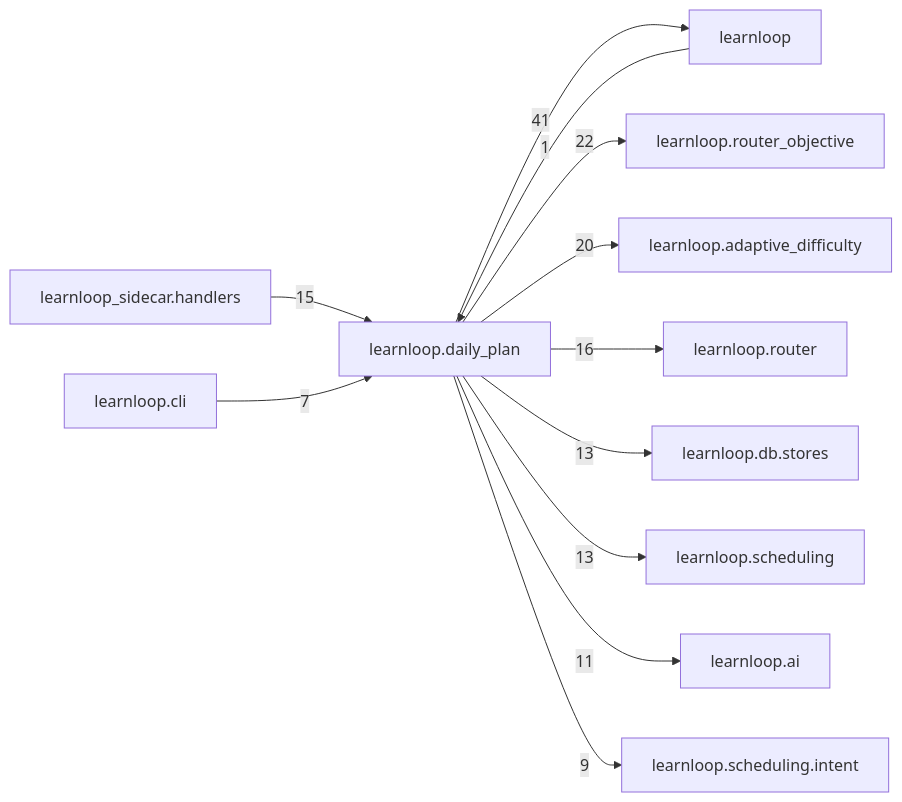
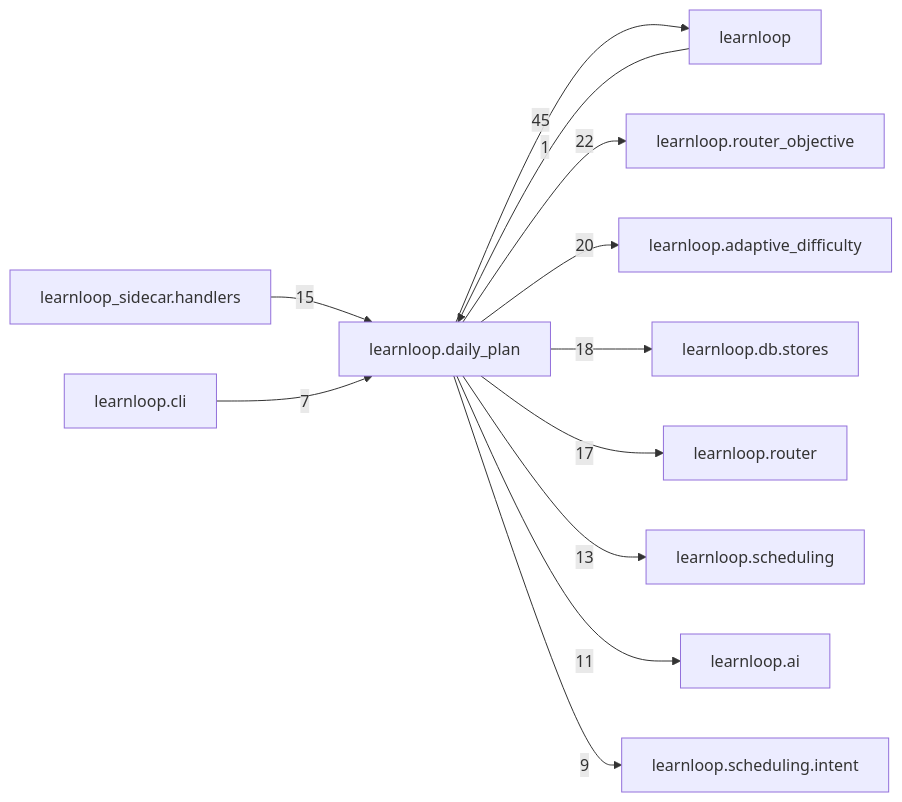
Before and after one commit to 6up-b/learnanything: the diagram in docs/learnloop-architecture-vault/Reference/Modules/learnloop/daily_plan/_package.md, drawn with Mermaid. The commit also changed other lines of this file and 580 other files, not shown here.

````diff
--- a/docs/learnloop-architecture-vault/Reference/Modules/learnloop/daily_plan/_package.md
+++ b/docs/learnloop-architecture-vault/Reference/Modules/learnloop/daily_plan/_package.md
@@ -158,25 +160,25 @@
 ```mermaid
 flowchart LR
     center["learnloop.daily_plan"]
     n_learnloop["learnloop"]
     n_learnloop_router_objective["learnloop.router_objective"]
     n_learnloop_adaptive_difficulty["learnloop.adaptive_difficulty"]
+    n_learnloop_db_stores["learnloop.db.stores"]
     n_learnloop_router["learnloop.router"]
     n_learnloop_sidecar_handlers["learnloop_sidecar.handlers"]
-    n_learnloop_db_stores["learnloop.db.stores"]
     n_learnloop_scheduling["learnloop.scheduling"]
     n_learnloop_ai["learnloop.ai"]
     n_learnloop_scheduling_intent["learnloop.scheduling.intent"]
     n_learnloop_cli["learnloop.cli"]
     n_learnloop -->|1| center
-    center -->|41| n_learnloop
+    center -->|45| n_learnloop
     center -->|22| n_learnloop_router_objective
     center -->|20| n_learnloop_adaptive_difficulty
-    center -->|16| n_learnloop_router
+    center -->|18| n_learnloop_db_stores
+    center -->|17| n_learnloop_router
     n_learnloop_sidecar_handlers -->|15| center
-    center -->|13| n_learnloop_db_stores
     center -->|13| n_learnloop_scheduling
     center -->|11| n_learnloop_ai
     center -->|9| n_learnloop_scheduling_intent
     n_learnloop_cli -->|7| center
 ```
````
